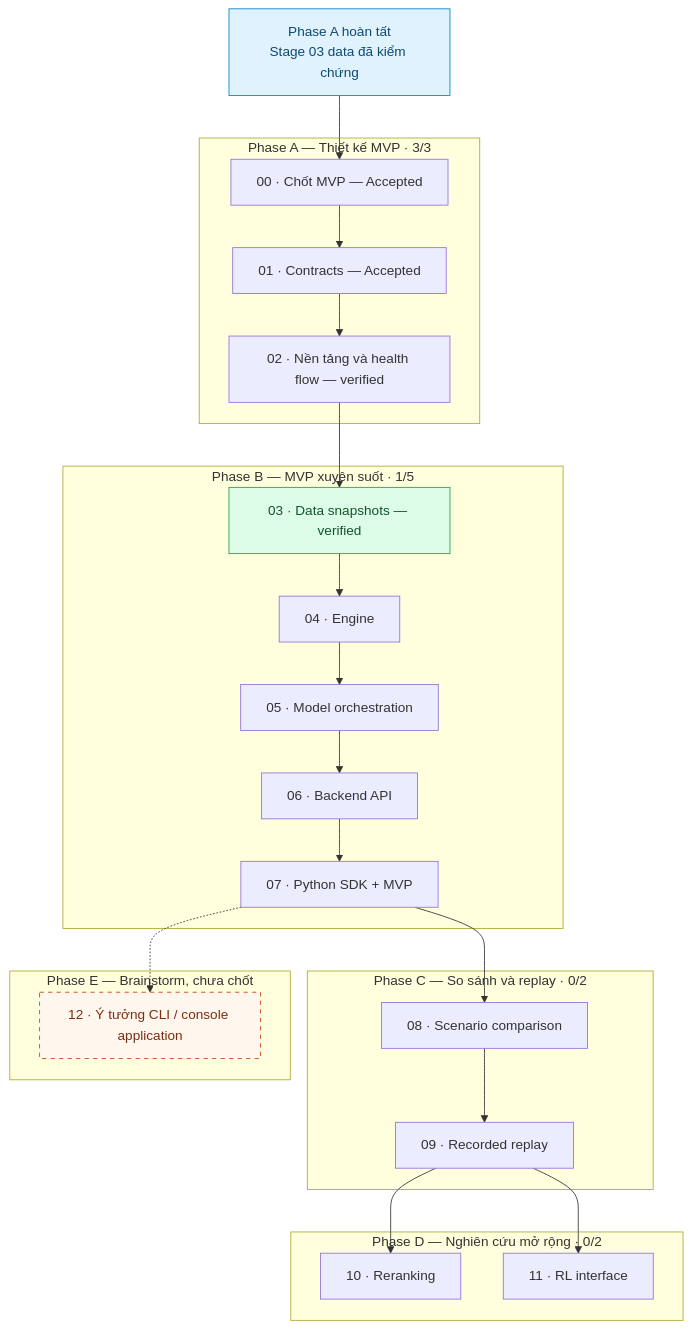
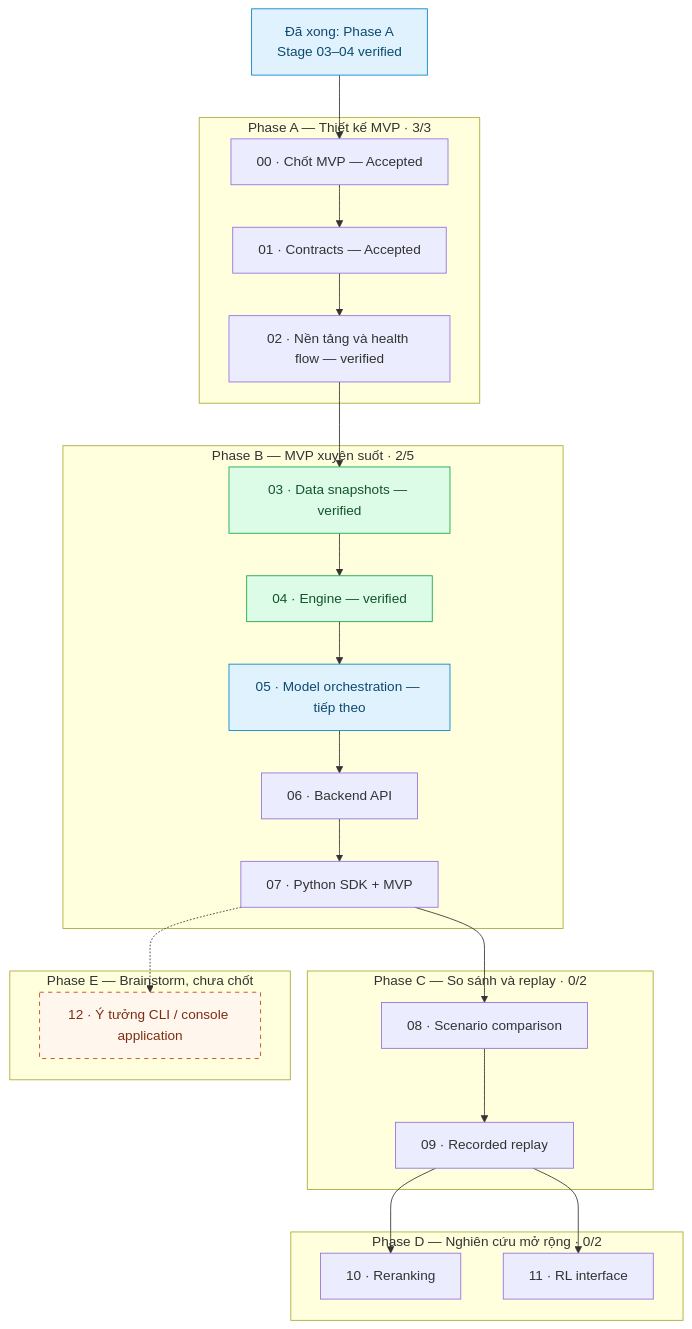
The diagram in plan/implementation/README.md (ryantr-statinops/factorsbt), drawn with Mermaid before and after one commit. The commit also changed other lines of this file and 3 other files, not shown here.

````diff
--- a/plan/implementation/README.md
+++ b/plan/implementation/README.md
@@ -48,43 +48,44 @@
 ```mermaid
 flowchart TD
-    NOW["Phase A hoàn tất<br/>Stage 03 data đã kiểm chứng"]
+    NOW["Đã xong: Phase A<br/>Stage 03–04 verified"]
     NOW --> A0
 
     subgraph A["Phase A — Thiết kế MVP · 3/3"]
         A0["00 · Chốt MVP — Accepted"] --> A1["01 · Contracts — Accepted"]
         A1 --> A2["02 · Nền tảng và health flow — verified"]
     end
 
-    subgraph B["Phase B — MVP xuyên suốt · 1/5"]
-        B0["03 · Data snapshots — verified"] --> B1["04 · Engine"]
-        B1 --> B2["05 · Model orchestration"]
+    subgraph B["Phase B — MVP xuyên suốt · 2/5"]
+        B0["03 · Data snapshots — verified"] --> B1["04 · Engine — verified"]
+        B1 --> B2["05 · Model orchestration — tiếp theo"]
         B2 --> B3["06 · Backend API"]
         B3 --> B4["07 · Python SDK + MVP"]
     end
 
     subgraph C["Phase C — So sánh và replay · 0/2"]
         C0["08 · Scenario comparison"] --> C1["09 · Recorded replay"]
     end
 
     subgraph D["Phase D — Nghiên cứu mở rộng · 0/2"]
         D0["10 · Reranking"]
         D1["11 · RL interface"]
     end
 
     subgraph E["Phase E — Brainstorm, chưa chốt"]
         E0["12 · Ý tưởng CLI / console application"]
     end
 
     A2 --> B0
     B4 --> C0
     C1 --> D0
     C1 --> D1
     B4 -.-> E0
 
     classDef current fill:#e0f2fe,stroke:#0284c7,color:#0c4a6e
     classDef implemented fill:#dcfce7,stroke:#16a34a,color:#14532d
     classDef idea fill:#fff7ed,stroke:#c2410c,color:#7c2d12,stroke-dasharray:5 5
     class NOW current
-    class B0 implemented
+    class B0,B1 implemented
+    class B2 current
     class E0 idea
 ```
````
